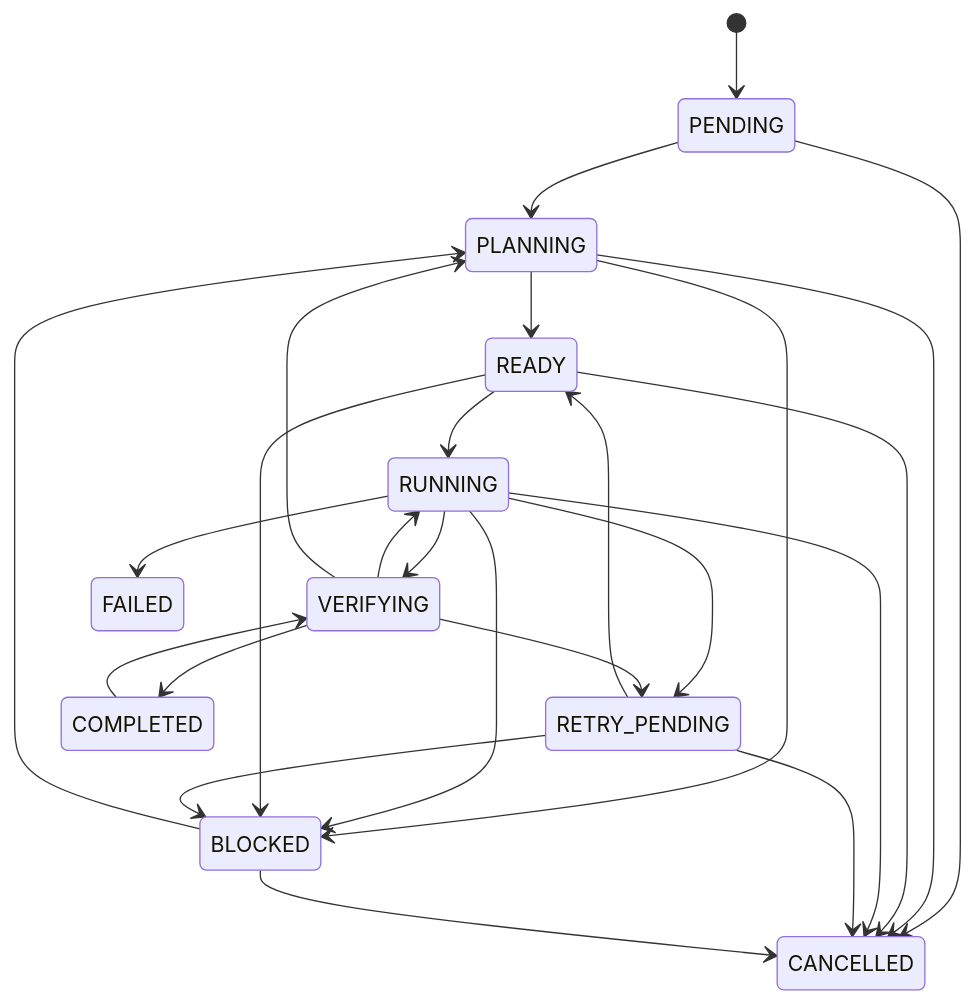
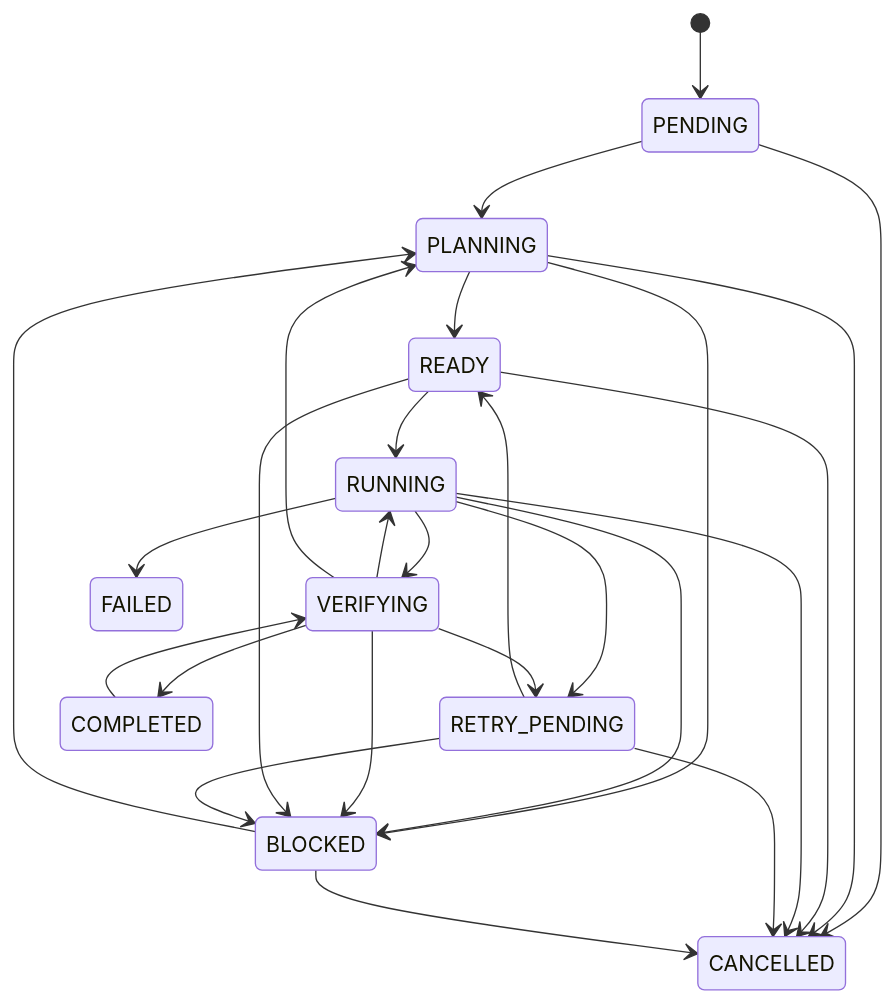
One commit to HidekiNishida/Callidus changed the diagram in docs/architecture/maquina-estados.md. Above: the diagram before and after it, drawn with Mermaid. The commit also changed other lines of this file and 11 other files, not shown here.

````diff
--- a/docs/architecture/maquina-estados.md
+++ b/docs/architecture/maquina-estados.md
@@ -20,27 +20,28 @@
 ```mermaid
 stateDiagram-v2
   [*] --> PENDING
   PENDING --> PLANNING
   PLANNING --> READY
   PLANNING --> BLOCKED
   READY --> RUNNING
   RUNNING --> VERIFYING
   RUNNING --> RETRY_PENDING
   RUNNING --> FAILED
   RUNNING --> BLOCKED
   VERIFYING --> COMPLETED
   VERIFYING --> RETRY_PENDING
   VERIFYING --> RUNNING
   VERIFYING --> PLANNING
+  VERIFYING --> BLOCKED
   COMPLETED --> VERIFYING
   READY --> BLOCKED
   RETRY_PENDING --> READY
   RETRY_PENDING --> BLOCKED
   PENDING --> CANCELLED
   PLANNING --> CANCELLED
   READY --> CANCELLED
   RUNNING --> CANCELLED
   RETRY_PENDING --> CANCELLED
   BLOCKED --> PLANNING
   BLOCKED --> CANCELLED
 ```
````
